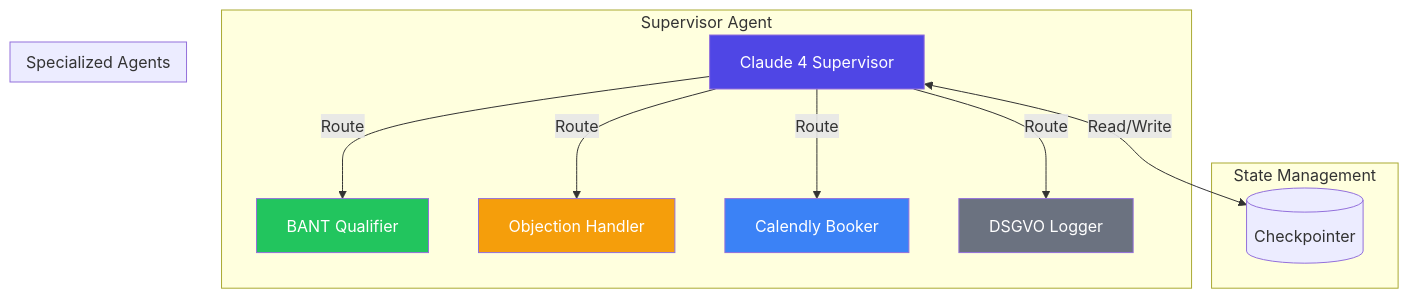
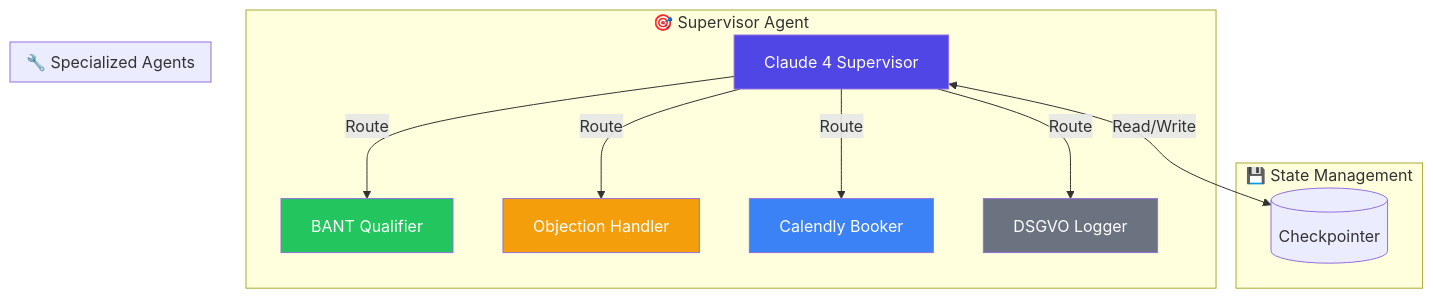
The third of 4 diagrams in README.md (ProfRandom92/everlast-voice-agent), drawn with Mermaid before and after one commit. The commit also changed other lines of this file and 14 other files, not shown here.

````diff
--- a/README.md
+++ b/README.md
@@ -58,28 +79,28 @@
 ```mermaid
 flowchart TB
-    subgraph "Supervisor Agent"
+    subgraph "🎯 Supervisor Agent"
         S[Claude 4 Supervisor]
         S -->|Route| A1
         S -->|Route| A2
         S -->|Route| A3
         S -->|Route| A4
     end
 
-    subgraph "Specialized Agents"
+    subgraph "🔧 Specialized Agents"
         A1[BANT Qualifier]
         A2[Objection Handler]
         A3[Calendly Booker]
         A4[DSGVO Logger]
     end
 
-    subgraph "State Management"
+    subgraph "💾 State Management"
         CP[(Checkpointer)]
         S <-->|Read/Write| CP
     end
 
     style S fill:#4f46e5,color:#fff
     style A1 fill:#22c55e,color:#fff
     style A2 fill:#f59e0b,color:#fff
     style A3 fill:#3b82f6,color:#fff
     style A4 fill:#6b7280,color:#fff
 ```
````
